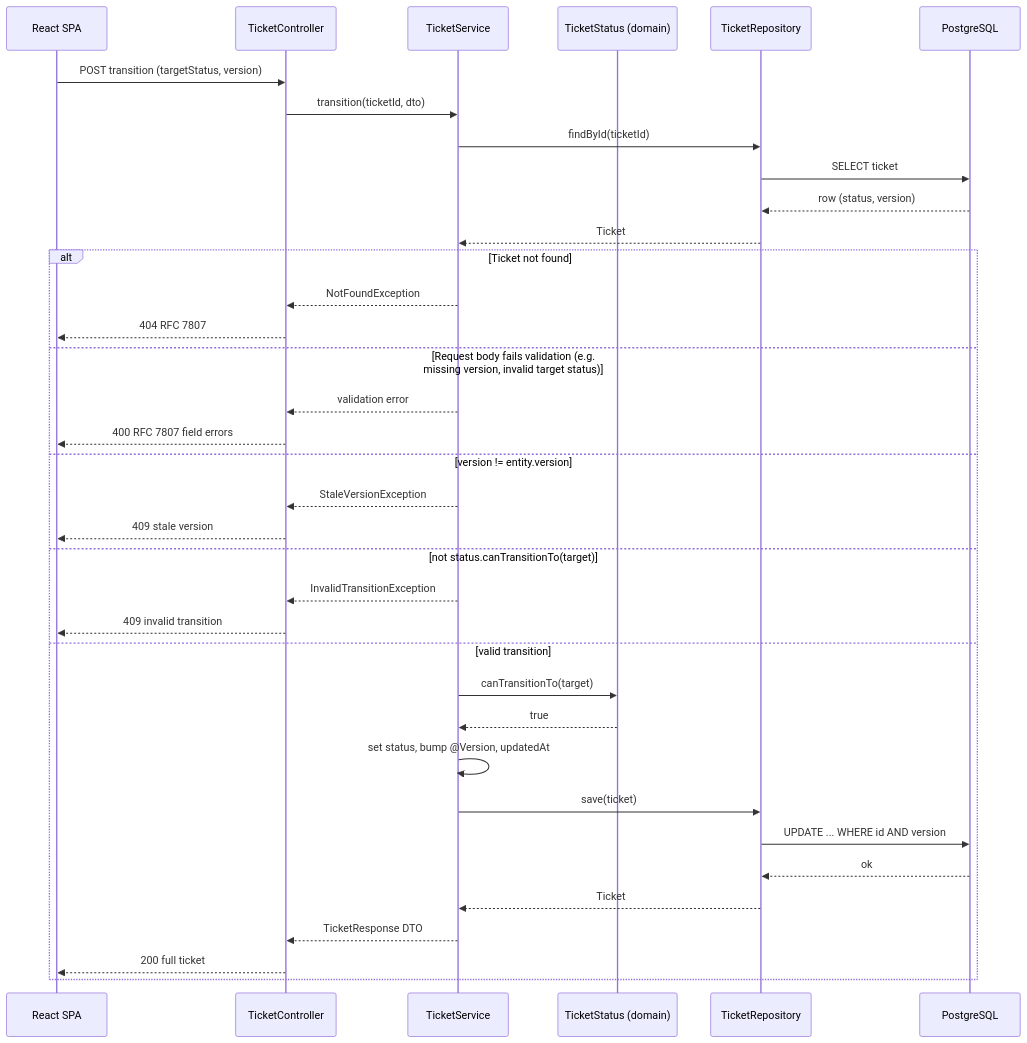
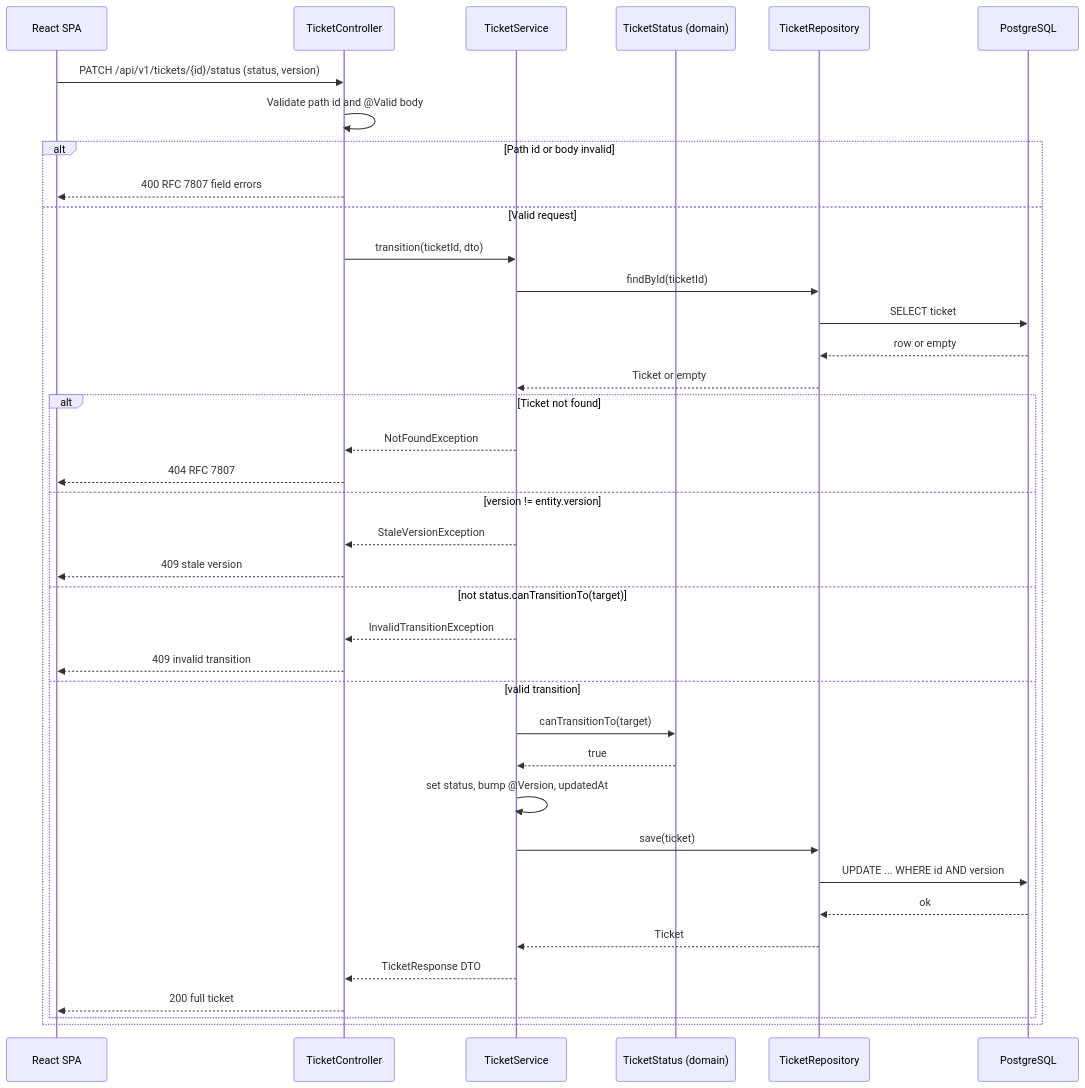
Before and after one commit to Lavanya235-TTN/support-ticket-system: the second of 2 diagrams in spec/architecture.md, drawn with Mermaid. The commit also changed other lines of this file and 9 other files, not shown here.

Commit message:
docs(spec): add API contract, UI flow and test strategy andd baseline full spec set v1.0

````diff
--- a/spec/architecture.md
+++ b/spec/architecture.md
@@ -127,40 +127,42 @@
 ```mermaid
 sequenceDiagram
   participant UI as React SPA
   participant C as TicketController
   participant S as TicketService
   participant D as TicketStatus (domain)
   participant R as TicketRepository
   participant DB as PostgreSQL
 
-  UI->>C: POST transition (targetStatus, version)
+  UI->>C: PATCH /api/v1/tickets/{id}/status (status, version)
+  C->>C: Validate path id and @Valid body
+  alt Path id or body invalid
+    C-->>UI: 400 RFC 7807 field errors
+  else Valid request
   C->>S: transition(ticketId, dto)
   S->>R: findById(ticketId)
   R->>DB: SELECT ticket
-  DB-->>R: row (status, version)
-  R-->>S: Ticket
+  DB-->>R: row or empty
+  R-->>S: Ticket or empty
 
   alt Ticket not found
     S-->>C: NotFoundException
     C-->>UI: 404 RFC 7807
-  else Request body fails validation (e.g. missing version, invalid target status)
-    S-->>C: validation error
-    C-->>UI: 400 RFC 7807 field errors
   else version != entity.version
     S-->>C: StaleVersionException
     C-->>UI: 409 stale version
   else not status.canTransitionTo(target)
     S-->>C: InvalidTransitionException
     C-->>UI: 409 invalid transition
   else valid transition
     S->>D: canTransitionTo(target)
     D-->>S: true
     S->>S: set status, bump @Version, updatedAt
     S->>R: save(ticket)
     R->>DB: UPDATE ... WHERE id AND version
     DB-->>R: ok
     R-->>S: Ticket
     S-->>C: TicketResponse DTO
     C-->>UI: 200 full ticket
   end
+  end
 ```
````
